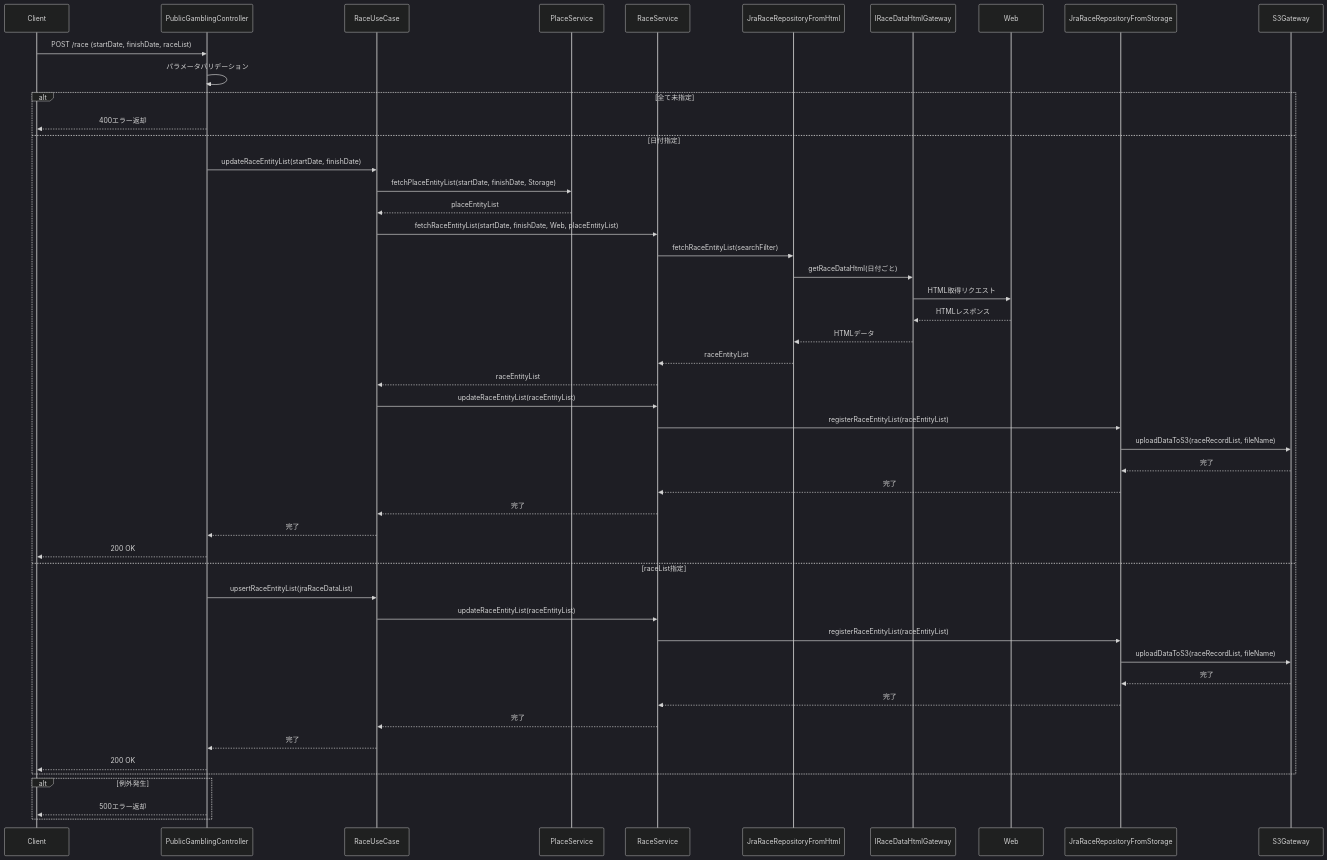
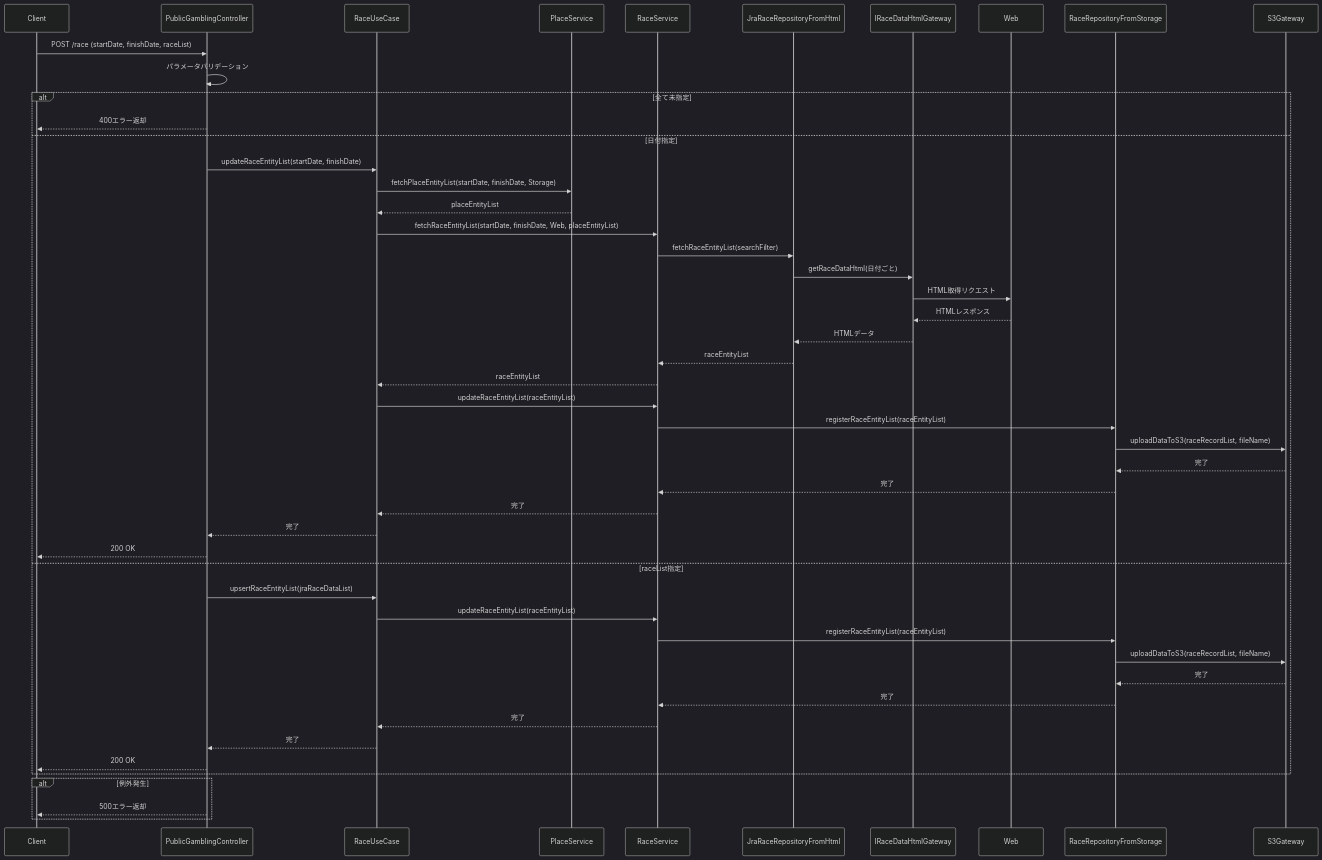
One commit to taichi6930/race-schedule-api changed the diagram in document/detail-design/sequence/publicGambling/updateRaceEntityList.md. Above: the diagram before and after it, drawn with Mermaid (dark theme). The commit also changed 2 other files, not shown here.

Commit message:
refactor: JraRaceRepositoryFromStorageをRaceRepositoryFromStorageに変更し、シーケンス図を更新

````diff
--- a/document/detail-design/sequence/publicGambling/updateRaceEntityList.md
+++ b/document/detail-design/sequence/publicGambling/updateRaceEntityList.md
@@ -3,52 +3,52 @@
 ```mermaid
 sequenceDiagram
     participant Client
     participant PublicGamblingController
     participant RaceUseCase
     participant PlaceService
     participant RaceService
     participant JraRaceRepositoryFromHtml
     participant IRaceDataHtmlGateway
     participant Web
-    participant JraRaceRepositoryFromStorage
+    participant RaceRepositoryFromStorage
     participant S3Gateway
 
     Client->>PublicGamblingController: POST /race (startDate, finishDate, raceList)
     PublicGamblingController->>PublicGamblingController: パラメータバリデーション
     alt 全て未指定
         PublicGamblingController-->>Client: 400エラー返却
     else 日付指定
         PublicGamblingController->>RaceUseCase: updateRaceEntityList(startDate, finishDate)
         RaceUseCase->>PlaceService: fetchPlaceEntityList(startDate, finishDate, Storage)
         PlaceService-->>RaceUseCase: placeEntityList
         RaceUseCase->>RaceService: fetchRaceEntityList(startDate, finishDate, Web, placeEntityList)
         RaceService->>JraRaceRepositoryFromHtml: fetchRaceEntityList(searchFilter)
         JraRaceRepositoryFromHtml->>IRaceDataHtmlGateway: getRaceDataHtml(日付ごと)
         IRaceDataHtmlGateway->>Web: HTML取得リクエスト
         Web-->>IRaceDataHtmlGateway: HTMLレスポンス
         IRaceDataHtmlGateway-->>JraRaceRepositoryFromHtml: HTMLデータ
         JraRaceRepositoryFromHtml-->>RaceService: raceEntityList
         RaceService-->>RaceUseCase: raceEntityList
         RaceUseCase->>RaceService: updateRaceEntityList(raceEntityList)
-        RaceService->>JraRaceRepositoryFromStorage: registerRaceEntityList(raceEntityList)
-        JraRaceRepositoryFromStorage->>S3Gateway: uploadDataToS3(raceRecordList, fileName)
-        S3Gateway-->>JraRaceRepositoryFromStorage: 完了
-        JraRaceRepositoryFromStorage-->>RaceService: 完了
+        RaceService->>RaceRepositoryFromStorage: registerRaceEntityList(raceEntityList)
+        RaceRepositoryFromStorage->>S3Gateway: uploadDataToS3(raceRecordList, fileName)
+        S3Gateway-->>RaceRepositoryFromStorage: 完了
+        RaceRepositoryFromStorage-->>RaceService: 完了
         RaceService-->>RaceUseCase: 完了
         RaceUseCase-->>PublicGamblingController: 完了
         PublicGamblingController-->>Client: 200 OK
     else raceList指定
         PublicGamblingController->>RaceUseCase: upsertRaceEntityList(jraRaceDataList)
         RaceUseCase->>RaceService: updateRaceEntityList(raceEntityList)
-        RaceService->>JraRaceRepositoryFromStorage: registerRaceEntityList(raceEntityList)
-        JraRaceRepositoryFromStorage->>S3Gateway: uploadDataToS3(raceRecordList, fileName)
-        S3Gateway-->>JraRaceRepositoryFromStorage: 完了
-        JraRaceRepositoryFromStorage-->>RaceService: 完了
+        RaceService->>RaceRepositoryFromStorage: registerRaceEntityList(raceEntityList)
+        RaceRepositoryFromStorage->>S3Gateway: uploadDataToS3(raceRecordList, fileName)
+        S3Gateway-->>RaceRepositoryFromStorage: 完了
+        RaceRepositoryFromStorage-->>RaceService: 完了
         RaceService-->>RaceUseCase: 完了
         RaceUseCase-->>PublicGamblingController: 完了
         PublicGamblingController-->>Client: 200 OK
     end
     alt 例外発生
         PublicGamblingController-->>Client: 500エラー返却
     end
 ```
````
